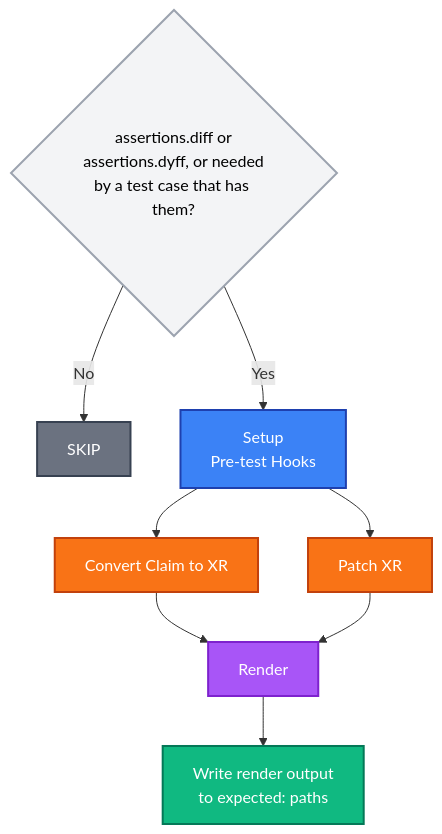
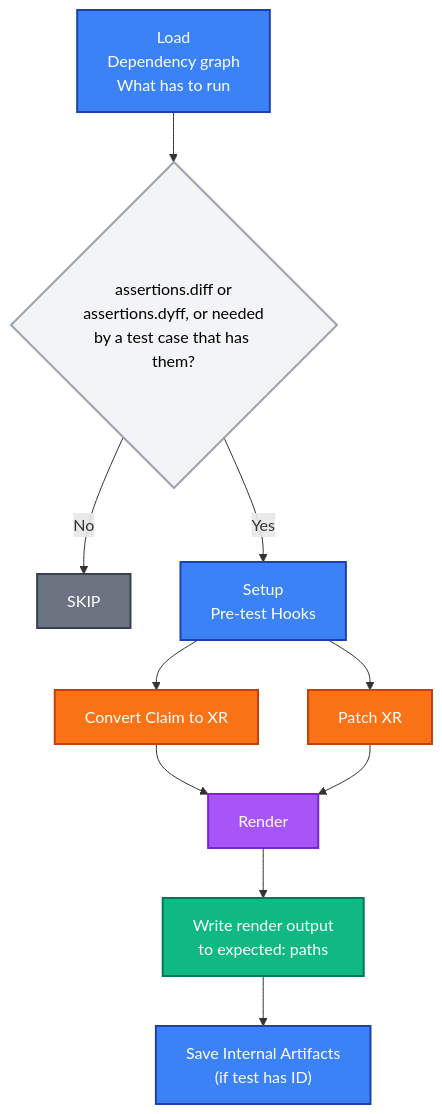
The second of 2 diagrams in docs/how-it-works.md (crossplane-contrib/xprin), drawn with Mermaid before and after one commit. The commit also changed other lines of this file and 3 other files, not shown here.

First line of the commit message:
docs: write how-it-works for users and add architecture for the details

````diff
--- a/docs/how-it-works.md
+++ b/docs/how-it-works.md
@@ -678,19 +552,22 @@
 ```mermaid
 flowchart TD
-    A{"assertions.diff or<br/>assertions.dyff, or needed<br/>by a test case that has them?"}
+    L["Load<br/>Dependency graph<br/>What has to run"] --> A{"assertions.diff or<br/>assertions.dyff, or needed<br/>by a test case that has them?"}
     A -->|No| B["SKIP"]
     A -->|Yes| C["Setup<br/>Pre-test Hooks"]
     C --> D[Convert Claim to XR]
     C --> E[Patch XR]
     D --> F[Render]
     E --> F
     F --> G["Write render output<br/>to expected: paths"]
+    G --> H["Save Internal Artifacts<br/>(if test has ID)"]
 
+    style L fill:#3b82f6,stroke:#1e40af,stroke-width:2px,color:#fff
+    style H fill:#3b82f6,stroke:#1e40af,stroke-width:2px,color:#fff
     style A fill:#f3f4f6,stroke:#9ca3af,stroke-width:2px,color:#000
     style B fill:#6b7280,stroke:#374151,stroke-width:2px,color:#fff
     style C fill:#3b82f6,stroke:#1e40af,stroke-width:2px,color:#fff
     style D fill:#f97316,stroke:#c2410c,stroke-width:2px,color:#fff
     style E fill:#f97316,stroke:#c2410c,stroke-width:2px,color:#fff
     style F fill:#a855f7,stroke:#7e22ce,stroke-width:2px,color:#fff
     style G fill:#10b981,stroke:#047857,stroke-width:2px,color:#fff
 ```
````
